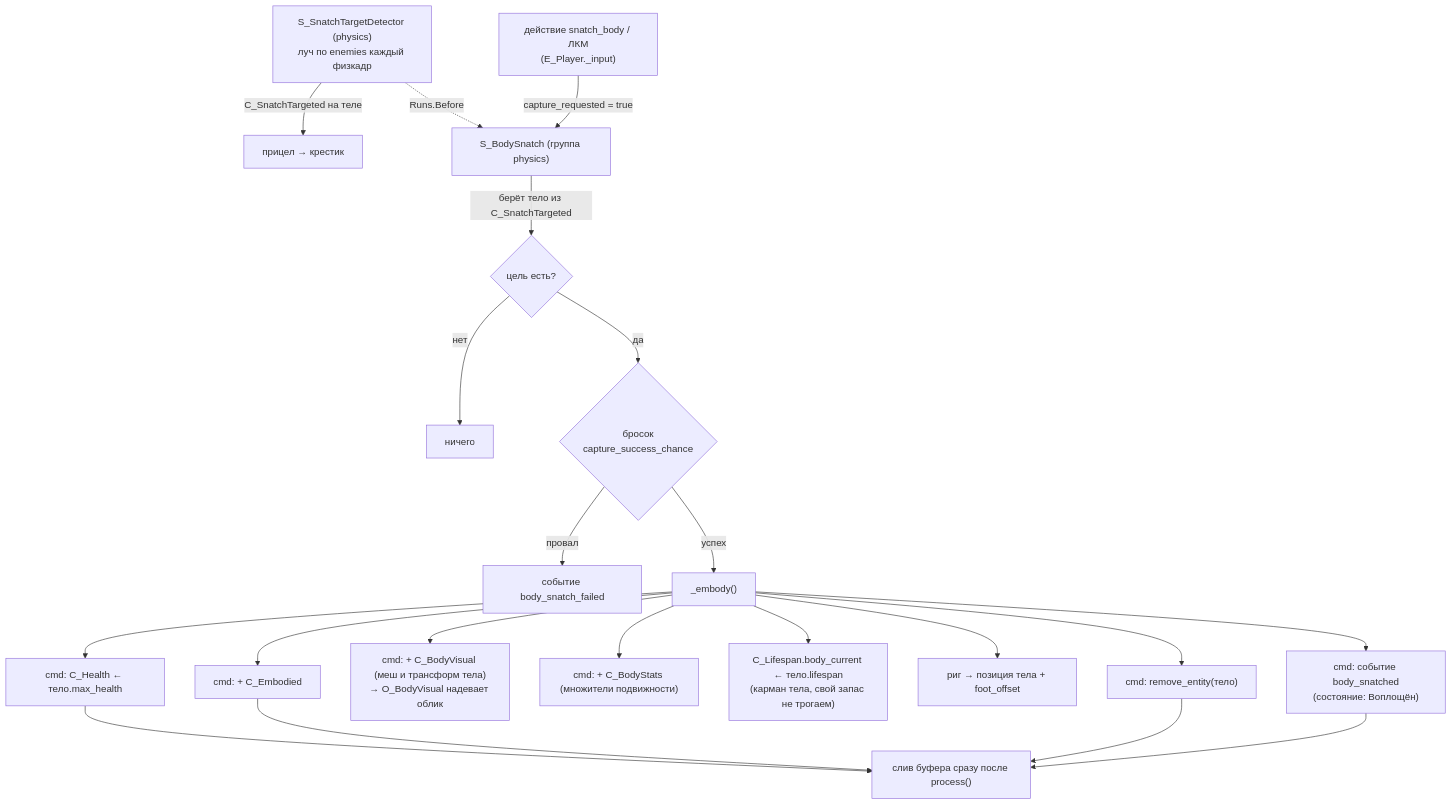
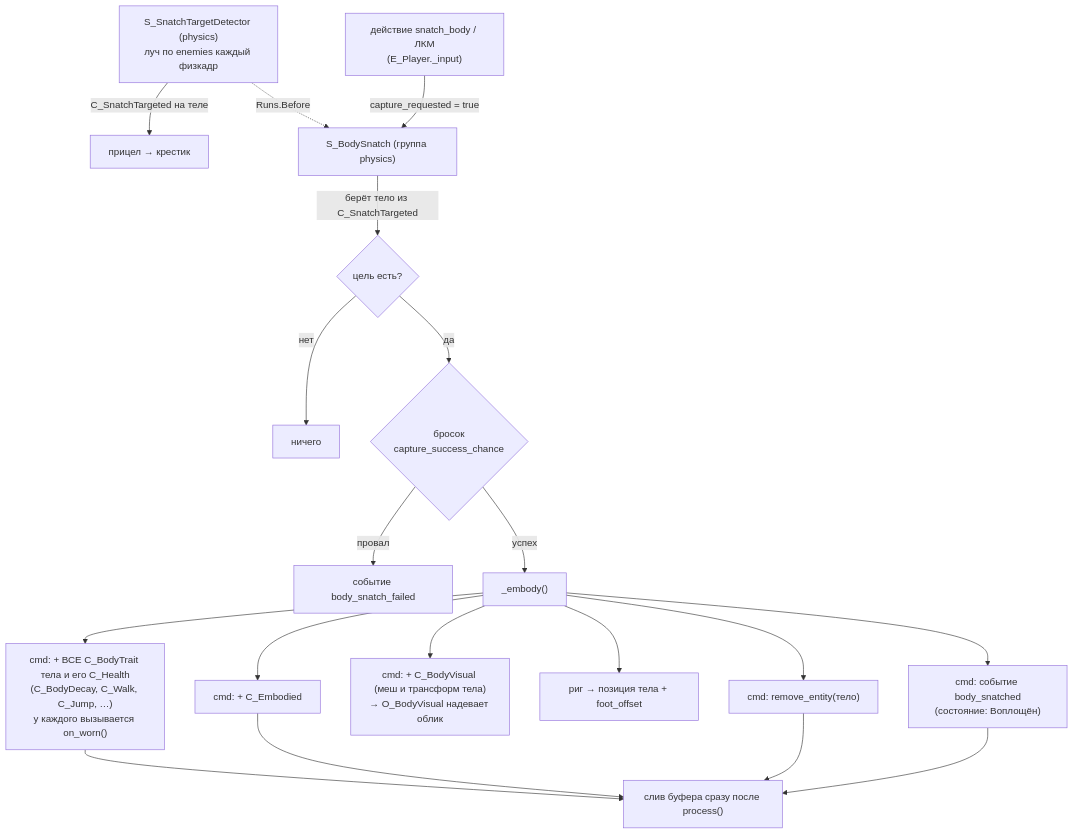
The first of 2 diagrams in docs/astral-genesis/how-to/Захват тела.md (Manshooo/astral-genesis), drawn with Mermaid before and after one commit. The commit also changed other lines of this file and 47 other files, not shown here.

````diff
--- a/docs/astral-genesis/how-to/Захват тела.md
+++ b/docs/astral-genesis/how-to/Захват тела.md
@@ -70,21 +111,19 @@
 ```mermaid
 flowchart TD
     det["S_SnatchTargetDetector (physics)<br/>луч по enemies каждый физкадр"] -->|"C_SnatchTargeted на теле"| cross["прицел → крестик"]
     lmb["действие snatch_body / ЛКМ<br/>(E_Player._input)"] -->|"capture_requested = true"| sbs["S_BodySnatch (группа physics)"]
     sbs -->|"берёт тело из C_SnatchTargeted"| hit{"цель есть?"}
     det -.->|"Runs.Before"| sbs
     hit -->|"нет"| idle["ничего"]
     hit -->|"да"| roll{"бросок<br/>capture_success_chance"}
     roll -->|"провал"| failed["событие body_snatch_failed"]
     roll -->|"успех"| embody["_embody()"]
 
-    embody --> e1["cmd: C_Health ← тело.max_health"]
+    embody --> e1["cmd: + ВСЕ C_BodyTrait тела и его C_Health<br/>(C_BodyDecay, C_Walk, C_Jump, …)<br/>у каждого вызывается on_worn()"]
     embody --> e2["cmd: + C_Embodied"]
     embody --> e2b["cmd: + C_BodyVisual (меш и трансформ тела)<br/>→ O_BodyVisual надевает облик"]
-    embody --> e2c["cmd: + C_BodyStats (множители подвижности)"]
-    embody --> e3["C_Lifespan.body_current ← тело.lifespan<br/>(карман тела, свой запас не трогаем)"]
     embody --> e4["риг → позиция тела + foot_offset"]
     embody --> e5["cmd: remove_entity(тело)"]
     embody --> done["cmd: событие body_snatched<br/>(состояние: Воплощён)"]
     e1 & e2 & e5 & done --> flush["слив буфера сразу после process()"]
 ```
````
